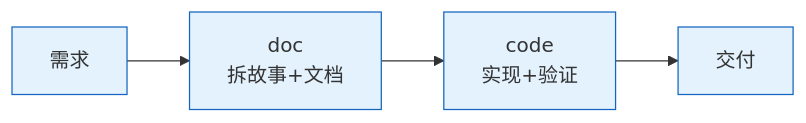
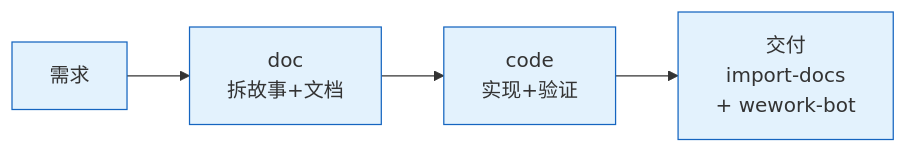
One commit to effiy/YrY changed the fifth of 8 diagrams in skills/rui/SKILL.md. Above: the diagram before and after it, drawn with Mermaid. The commit also changed other lines of this file and 3 other files, not shown here.

````diff
--- a/skills/rui/SKILL.md
+++ b/skills/rui/SKILL.md
@@ -290,5 +314,5 @@
 ```mermaid
 flowchart LR
-    R[需求]:::s --> D[doc<br/>拆故事+文档]:::s --> C[code<br/>实现+验证]:::s --> F[交付]:::s
+    R[需求]:::s --> D[doc<br/>拆故事+文档]:::s --> C[code<br/>实现+验证]:::s --> F[交付<br/>import-docs<br/>+ wework-bot]:::s
     classDef s fill:#e3f2fd,stroke:#1565c0;
 ```
````
